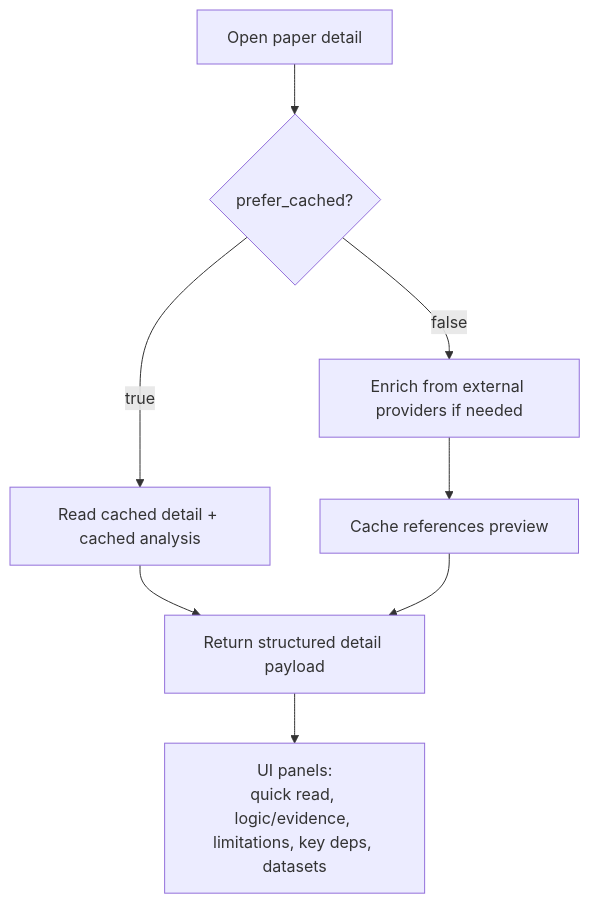
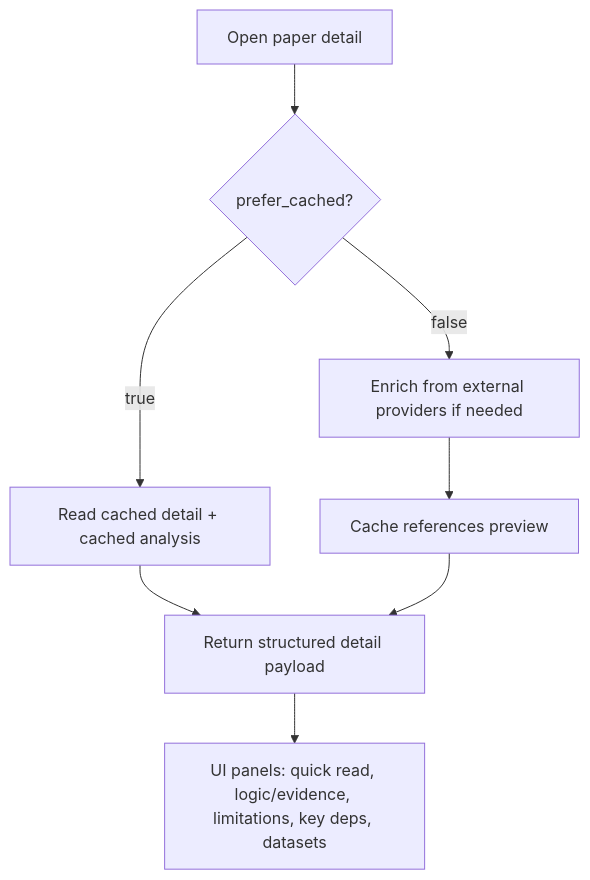
The fourth of 9 diagrams in README.md (Mayaaa311/PaperLineage), drawn with Mermaid before and after one commit. The commit also changed other lines of this file and 4 other files, not shown here.

````diff
--- a/README.md
+++ b/README.md
@@ -92,11 +92,11 @@
 ```mermaid
 flowchart TD
-  O[Open paper detail] --> C{prefer_cached?}
-  C -->|true| A1[Read cached detail + cached analysis]
-  C -->|false| A2[Enrich from external providers if needed]
-  A2 --> A3[Cache references preview]
-  A1 --> A4[Return structured detail payload]
+  O["Open paper detail"] --> C{"prefer_cached?"}
+  C -->|true| A1["Read cached detail + cached analysis"]
+  C -->|false| A2["Enrich from external providers if needed"]
+  A2 --> A3["Cache references preview"]
+  A1 --> A4["Return structured detail payload"]
   A3 --> A4
 
-  A4 --> U[UI panels:\nquick read, logic/evidence, limitations, key deps, datasets]
+  A4 --> U["UI panels: quick read, logic/evidence, limitations, key deps, datasets"]
 ```
````
